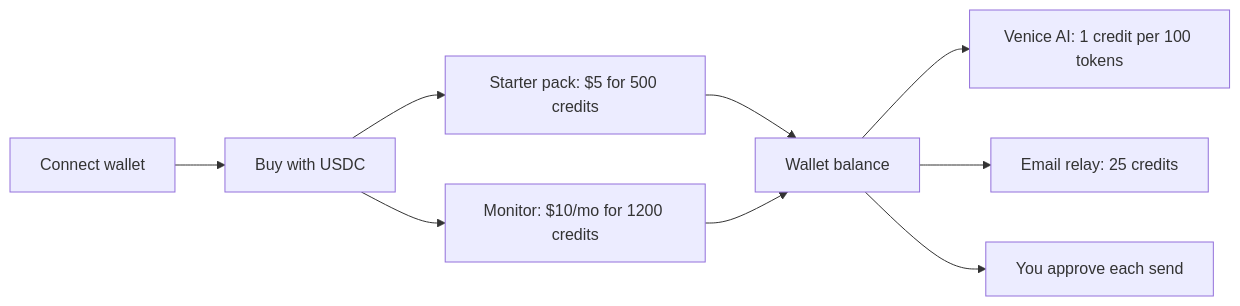
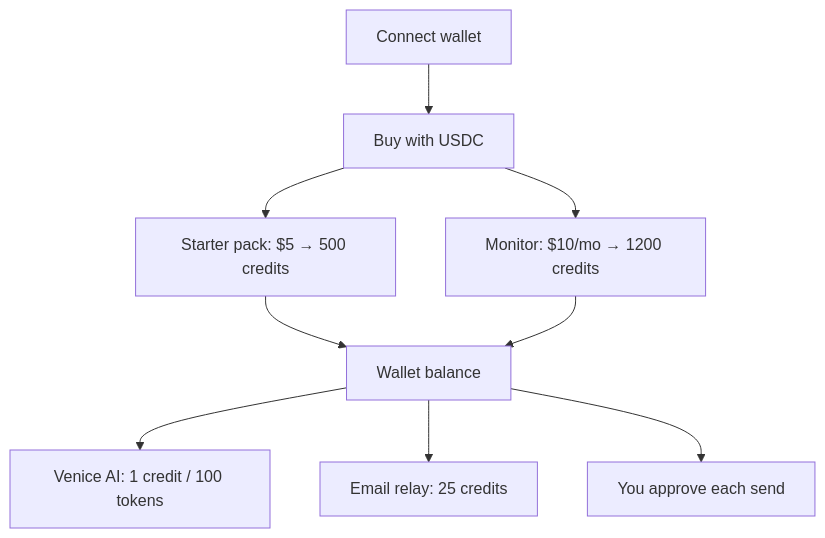
One commit to thomasjvu/oblivion changed the diagram in docs/src/docs/content/pricing.md. Above: the diagram before and after it, drawn with Mermaid. The commit also changed 19 other files, not shown here.

First line of the commit message:
docs: code-block footer path, spin ring, readable mermaid diagrams

````diff
--- a/docs/src/docs/content/pricing.md
+++ b/docs/src/docs/content/pricing.md
@@ -5,11 +5,11 @@
 ```mermaid
-flowchart LR
+flowchart TB
   Wallet[Connect wallet] --> Buy[Buy with USDC]
-  Buy --> Starter["Starter pack: $5 for 500 credits"]
-  Buy --> Monitor["Monitor: $10/mo for 1200 credits"]
+  Buy --> Starter["Starter pack: $5 → 500 credits"]
+  Buy --> Monitor["Monitor: $10/mo → 1200 credits"]
   Starter --> Balance[Wallet balance]
   Monitor --> Balance
-  Balance --> Venice["Venice AI: 1 credit per 100 tokens"]
+  Balance --> Venice["Venice AI: 1 credit / 100 tokens"]
   Balance --> Email["Email relay: 25 credits"]
   Balance --> Approve[You approve each send]
 ```
````
